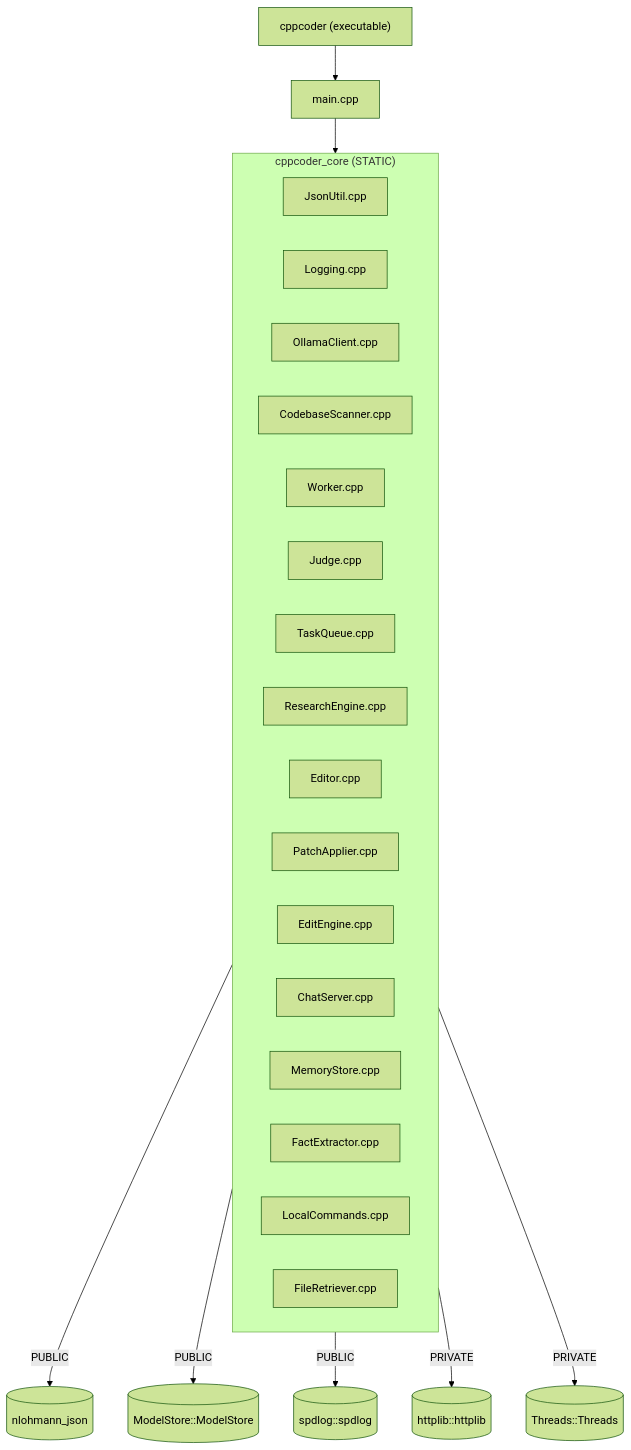
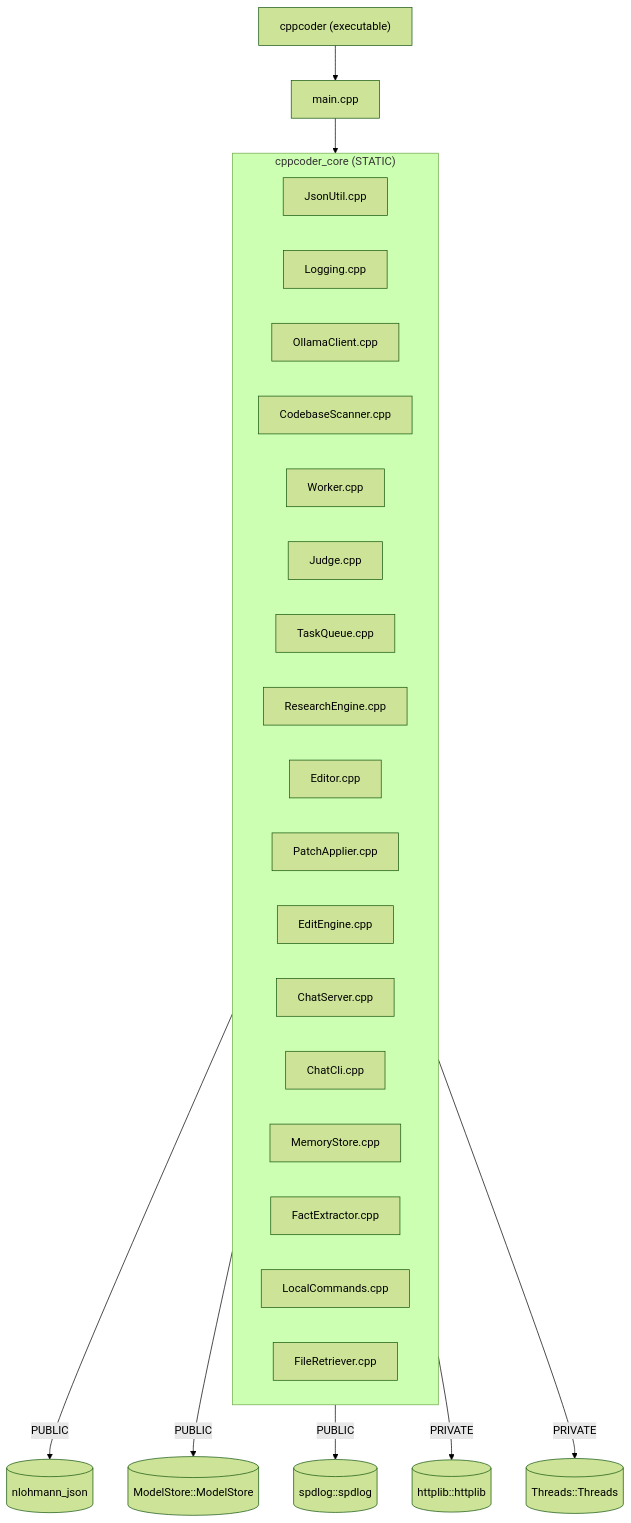
Before and after one commit to cschladetsch/CppLocalLlmCodeAssist: the diagram in src/README.md, drawn with Mermaid (forest theme). The commit also changed other lines of this file and 10 other files, not shown here.

First line of the commit message:
Add --cli interactive terminal chat mode

````diff
--- a/src/README.md
+++ b/src/README.md
@@ -32,30 +33,31 @@
 ```mermaid
 flowchart TD
     subgraph lib["cppcoder_core (STATIC)"]
         JsonUtil.cpp
         Logging.cpp
         OllamaClient.cpp
         CodebaseScanner.cpp
         Worker.cpp
         Judge.cpp
         TaskQueue.cpp
         ResearchEngine.cpp
         Editor.cpp
         PatchApplier.cpp
         EditEngine.cpp
         ChatServer.cpp
+        ChatCli.cpp
         MemoryStore.cpp
         FactExtractor.cpp
         LocalCommands.cpp
         FileRetriever.cpp
     end
 
     lib -->|PUBLIC| NJ[("nlohmann_json")]
     lib -->|PUBLIC| ModelStore[("ModelStore::ModelStore")]
     lib -->|PUBLIC| Spdlog[("spdlog::spdlog")]
     lib -->|PRIVATE| Httplib[("httplib::httplib")]
     lib -->|PRIVATE| Threads[("Threads::Threads")]
 
     main.cpp --> lib
     CLI["cppcoder (executable)"] --> main.cpp
 ```
````
